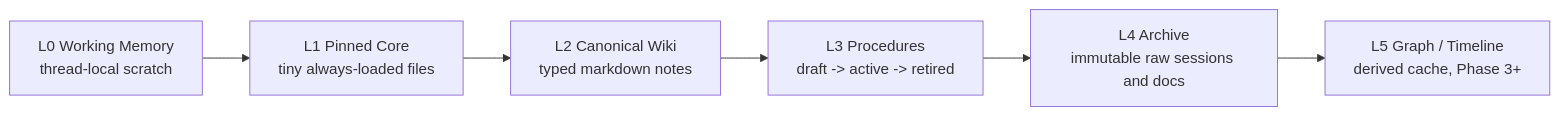
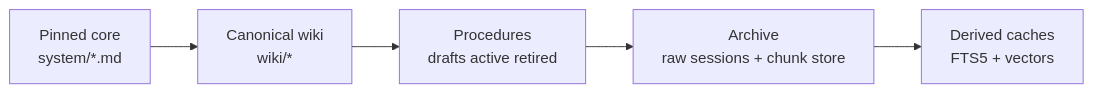
One commit to Jianyu010/MnemonicOS changed the second of 7 diagrams in README.md. Above: the diagram before and after it, drawn with Mermaid. The commit also changed other lines of this file and 19 other files, not shown here.

````diff
--- a/README.md
+++ b/README.md
@@ -33,8 +30,7 @@
 ```mermaid
 flowchart LR
-    L0["L0 Working Memory<br/>thread-local scratch"] --> L1["L1 Pinned Core<br/>tiny always-loaded files"]
-    L1 --> L2["L2 Canonical Wiki<br/>typed markdown notes"]
-    L2 --> L3["L3 Procedures<br/>draft -> active -> retired"]
-    L3 --> L4["L4 Archive<br/>immutable raw sessions and docs"]
-    L4 --> L5["L5 Graph / Timeline<br/>derived cache, Phase 3+"]
+    L1["Pinned core<br/>system/*.md"] --> L2["Canonical wiki<br/>wiki/*"]
+    L2 --> L3["Procedures<br/>drafts active retired"]
+    L3 --> L4["Archive<br/>raw sessions + chunk store"]
+    L4 --> L5["Derived caches<br/>FTS5 + vectors"]
 ```
````
